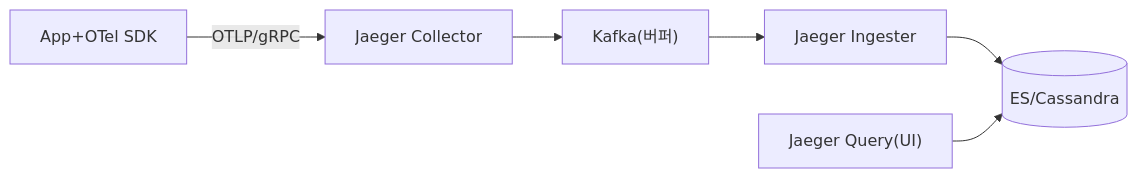
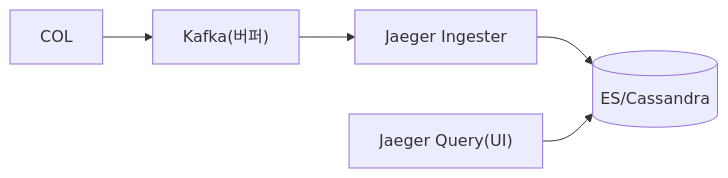
One commit to yjkim2015/yjkim2015.github.io changed the fourth of 7 diagrams in _posts/monitoring/2026-05-03-distributed-tracing.md. Above: the diagram before and after it, drawn with Mermaid. The commit also changed other lines of this file and 149 other files, not shown here.

First line of the commit message:
Mermaid 가독성 개선: 라벨 축약, 노드 축소, TD→LR 변환

````diff
--- a/_posts/monitoring/2026-05-03-distributed-tracing.md
+++ b/_posts/monitoring/2026-05-03-distributed-tracing.md
@@ -201,8 +201,7 @@
 ```mermaid
 graph LR
-    APP["App+OTel SDK"] -->|OTLP/gRPC| COL["Jaeger Collector"]
     COL --> KAFKA["Kafka(버퍼)"]
     KAFKA --> ING["Jaeger Ingester"]
     ING --> STORE[("ES/Cassandra")]
     QUERY["Jaeger Query(UI)"] --> STORE
 ```
````
